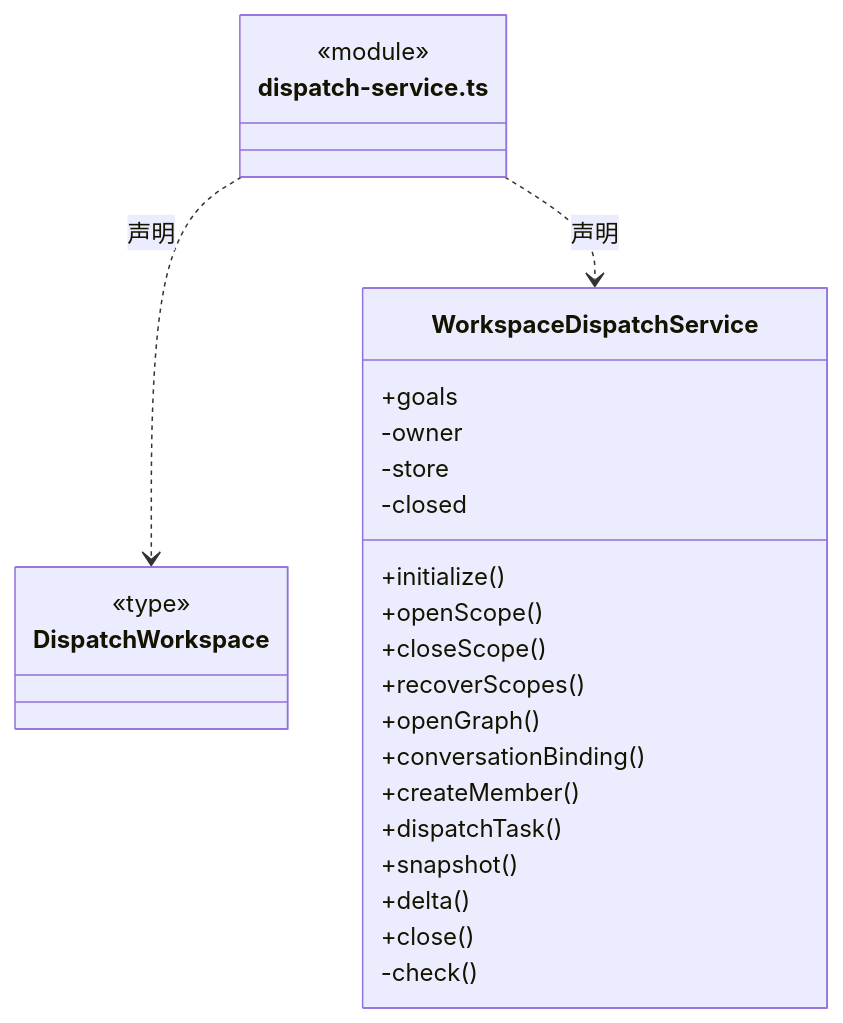
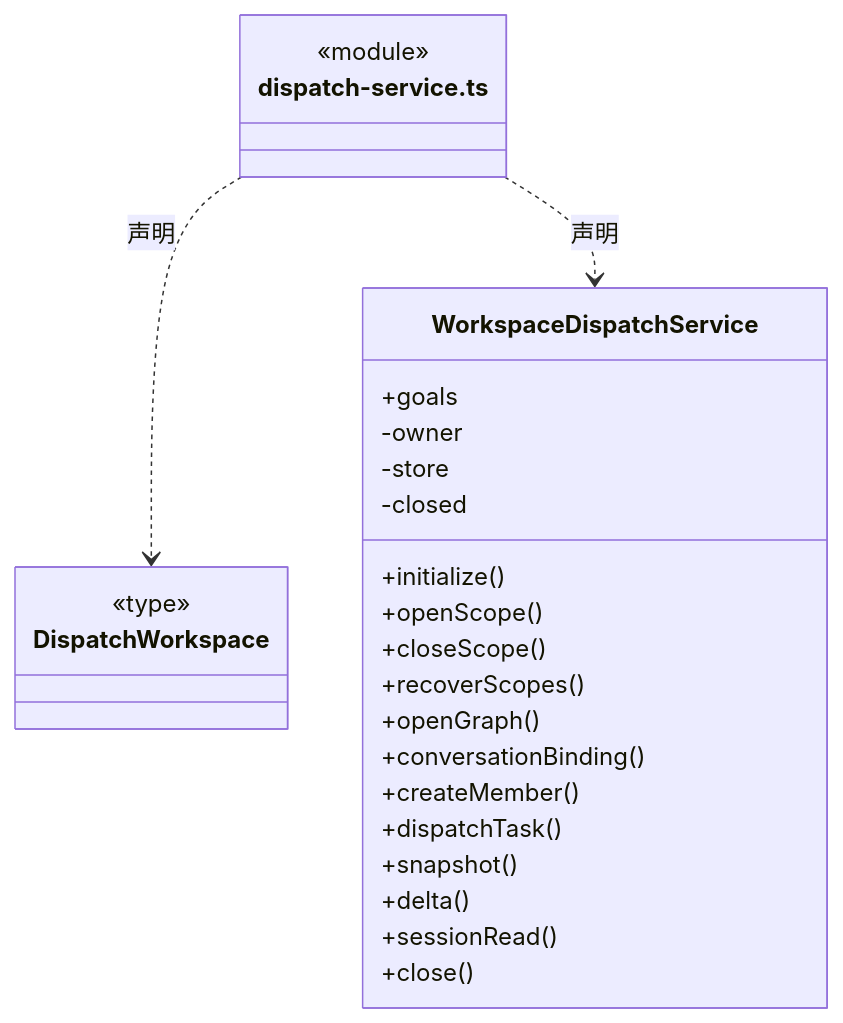
The fourth of 28 diagrams in src/backend/scheduler-engine/execution/ARCHITECTURE.md (nan023062/cbim), drawn with Mermaid before and after one commit. The commit also changed other lines of this file and 47 other files, not shown here.

````diff
--- a/src/backend/scheduler-engine/execution/ARCHITECTURE.md
+++ b/src/backend/scheduler-engine/execution/ARCHITECTURE.md
@@ -135,30 +135,30 @@
 ```mermaid
 classDiagram
 class N_src_backend_scheduler_engine_execution_dispatch_service_ts["dispatch-service.ts"] {
   <<module>>
 }
 class N_src_backend_scheduler_engine_execution_dispatch_service_ts_DispatchWorkspace["DispatchWorkspace"] {
   <<type>>
 
 }
 N_src_backend_scheduler_engine_execution_dispatch_service_ts ..> N_src_backend_scheduler_engine_execution_dispatch_service_ts_DispatchWorkspace : 声明
 class N_src_backend_scheduler_engine_execution_dispatch_service_ts_WorkspaceDispatchService["WorkspaceDispatchService"] {
   +goals
   +initialize()
   +openScope()
   +closeScope()
   +recoverScopes()
   +openGraph()
   +conversationBinding()
   +createMember()
   +dispatchTask()
   +snapshot()
   +delta()
+  +sessionRead()
   +close()
   -owner
   -store
   -closed
-  -check()
 }
 N_src_backend_scheduler_engine_execution_dispatch_service_ts ..> N_src_backend_scheduler_engine_execution_dispatch_service_ts_WorkspaceDispatchService : 声明
 ```
````
